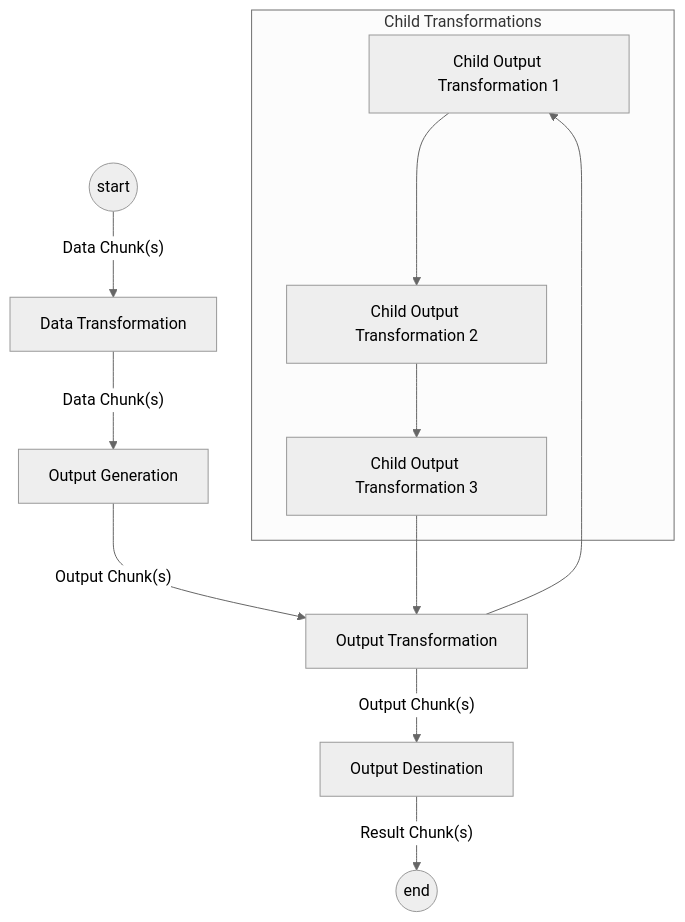
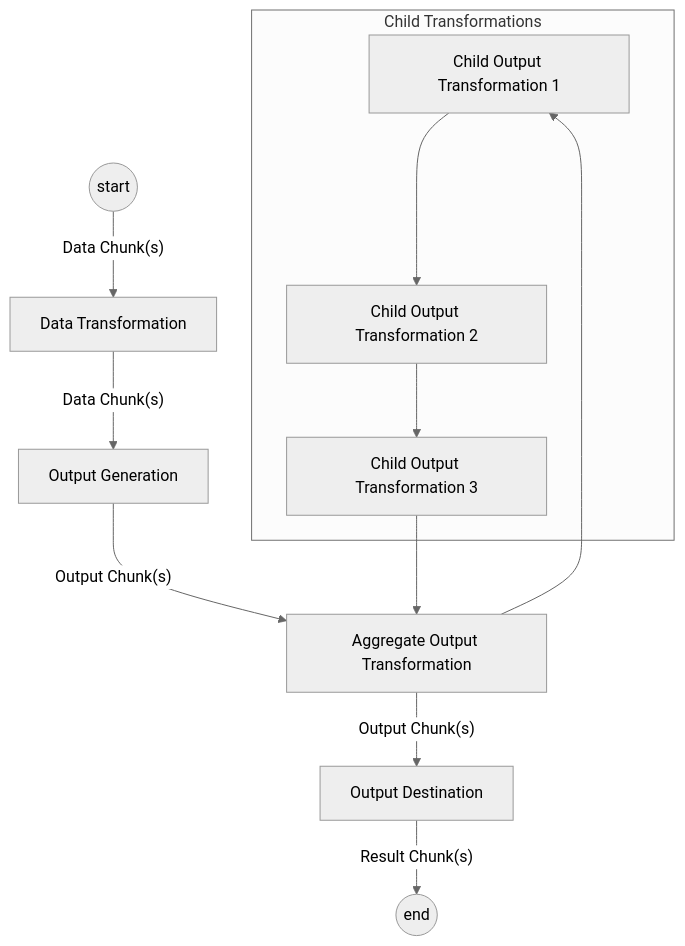
Before and after one commit to 4PointSolutions/FormsPipeline: the third of 4 diagrams in README.md, drawn with Mermaid (neutral theme). The commit also changed other lines of this file, not shown here.

Commit message:
Clarified aggregate operations in README diagrams

````diff
--- a/README.md
+++ b/README.md
@@ -84,13 +84,13 @@
 ```mermaid
 graph TD
     subgraph Child Transformations
         B1[Child Output Transformation 1] ---> B2[Child Output Transformation 2] --> B3[Child Output Transformation 3]
     end
     A((start))-->|"Data Chunk(s)"| B[Data Transformation]
     B -->|"Data Chunk(s)"| C[Output Generation]
-    C -->|"Output Chunk(s)"| D[Output Transformation]
+    C -->|"Output Chunk(s)"| D[Aggregate Output Transformation]
     D --> B1
     B3 --> D
     D -->|"Output Chunk(s)"| E[Output Destination]
     E -->|"Result Chunk(s)"| F((end))
 ```
````
